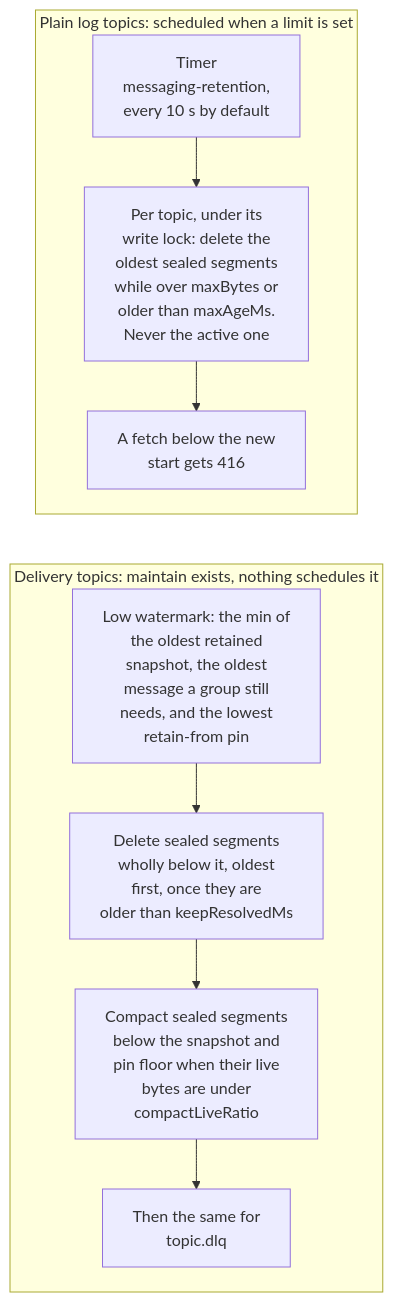
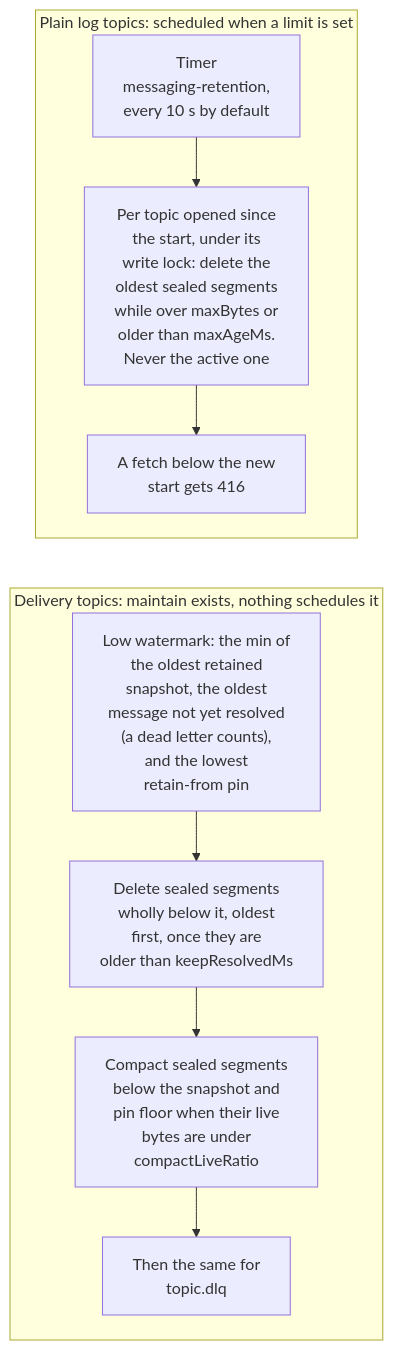
The third of 3 diagrams in docs/design/partition-log.md (BlivionIaG/sjws_nettask), drawn with Mermaid before and after one commit. The commit also changed other lines of this file and 19 other files, not shown here.

First line of the commit message:
docs: fix the diagrams the fact-check found imprecise

````diff
--- a/docs/design/partition-log.md
+++ b/docs/design/partition-log.md
@@ -87,13 +94,13 @@
 ```mermaid
 flowchart TB
     subgraph plain["Plain log topics: scheduled when a limit is set"]
-        t1["Timer<br/>messaging-retention,<br/>every 10 s by default"] --> t2["Per topic, under its<br/>write lock: delete the<br/>oldest sealed segments<br/>while over maxBytes or<br/>older than maxAgeMs.<br/>Never the active one"]
+        t1["Timer<br/>messaging-retention,<br/>every 10 s by default"] --> t2["Per topic opened since<br/>the start, under its<br/>write lock: delete the<br/>oldest sealed segments<br/>while over maxBytes or<br/>older than maxAgeMs.<br/>Never the active one"]
         t2 --> t3["A fetch below the new<br/>start gets 416"]
     end
     subgraph deliv["Delivery topics: maintain exists, nothing schedules it"]
-        d1["Low watermark: the min of<br/>the oldest retained<br/>snapshot, the oldest<br/>message a group still<br/>needs, and the lowest<br/>retain-from pin"] --> d2["Delete sealed segments<br/>wholly below it, oldest<br/>first, once they are<br/>older than keepResolvedMs"]
+        d1["Low watermark: the min of<br/>the oldest retained<br/>snapshot, the oldest<br/>message not yet resolved<br/>(a dead letter counts),<br/>and the lowest<br/>retain-from pin"] --> d2["Delete sealed segments<br/>wholly below it, oldest<br/>first, once they are<br/>older than keepResolvedMs"]
         d2 --> d3["Compact sealed segments<br/>below the snapshot and<br/>pin floor when their live<br/>bytes are under<br/>compactLiveRatio"]
         d3 --> d4["Then the same for<br/>topic.dlq"]
     end
     t3 ~~~ d1
 ```
````
